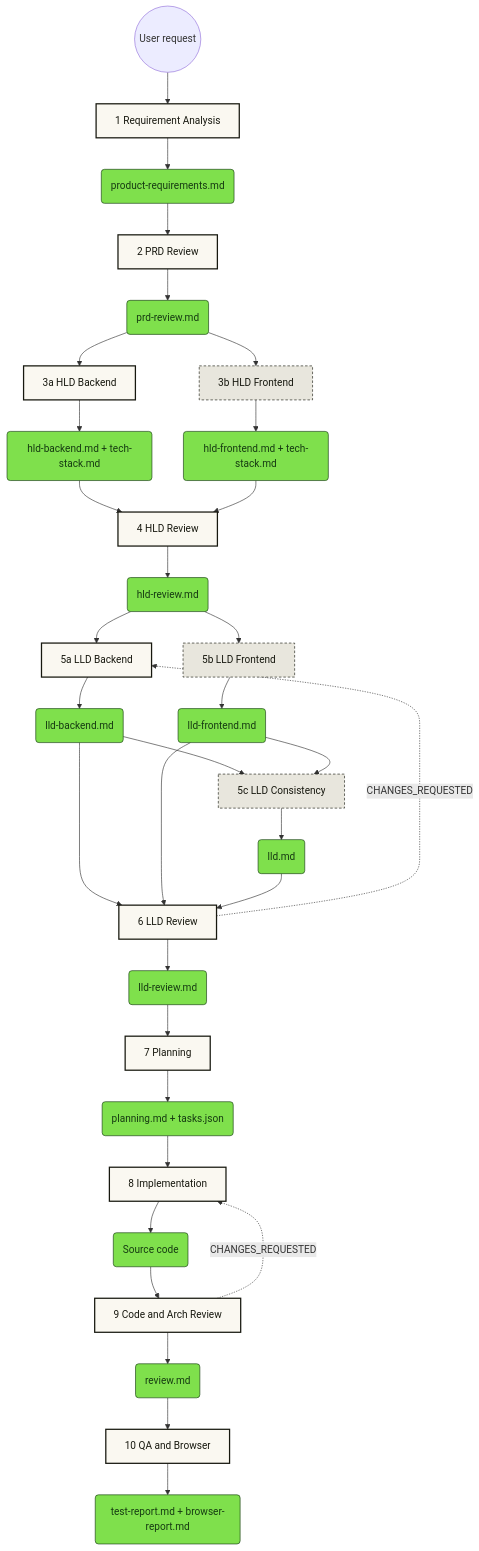
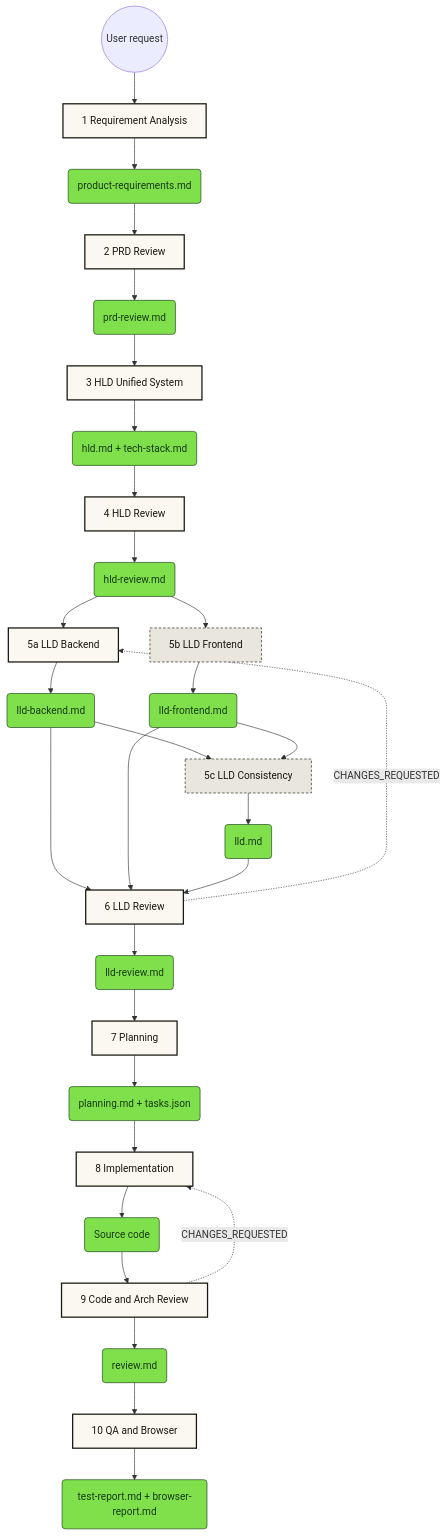
The diagram in .ai/README.md (shriyansh0703/FMS), drawn with Mermaid before and after one commit. The commit also changed other lines of this file and 33 other files, not shown here.

````diff
--- a/.ai/README.md
+++ b/.ai/README.md
@@ -44,41 +44,38 @@
 ```mermaid
 graph TD
     classDef stage fill:#faf8f1,stroke:#17180f,stroke-width:2px,color:#17180f
     classDef artifact fill:#7fe04c,stroke:#163b12,stroke-width:1px,color:#163b12
     classDef opt fill:#e8e6dd,stroke:#17180f,stroke-width:1px,color:#17180f,stroke-dasharray: 4 3
 
     User((User request)) --> S1
     S1[1 Requirement Analysis]:::stage --> A1(product-requirements.md):::artifact
     A1 --> S2[2 PRD Review]:::stage --> A2(prd-review.md):::artifact
 
-    A2 --> S3a[3a HLD Backend]:::stage
-    A2 --> S3b[3b HLD Frontend]:::opt
-    S3a --> A3a(hld-backend.md + tech-stack.md):::artifact
-    S3b --> A3b(hld-frontend.md + tech-stack.md):::artifact
+    A2 --> S3[3 HLD Unified System]:::stage
+    S3 --> A3(hld.md + tech-stack.md):::artifact
 
-    A3a --> S4[4 HLD Review]:::stage
-    A3b --> S4
+    A3 --> S4[4 HLD Review]:::stage
     S4 --> A4(hld-review.md):::artifact
 
     A4 --> S5a[5a LLD Backend]:::stage
     A4 --> S5b[5b LLD Frontend]:::opt
     S5a --> A5a(lld-backend.md):::artifact
     S5b --> A5b(lld-frontend.md):::artifact
 
     A5a --> S5c[5c LLD Consistency]:::opt
     A5b --> S5c
     S5c --> A5c(lld.md):::artifact
 
     A5a --> S6[6 LLD Review]:::stage
     A5b --> S6
     A5c --> S6
     S6 --> A6(lld-review.md):::artifact
 
     A6 --> S7[7 Planning]:::stage --> A7(planning.md + tasks.json):::artifact
     A7 --> S8[8 Implementation]:::stage --> A8(Source code):::artifact
     A8 --> S9[9 Code and Arch Review]:::stage --> A9(review.md):::artifact
     A9 --> S10[10 QA and Browser]:::stage --> A10(test-report.md + browser-report.md):::artifact
 
     S6 -.->|CHANGES_REQUESTED| S5a
     S9 -.->|CHANGES_REQUESTED| S8
 ```
````
